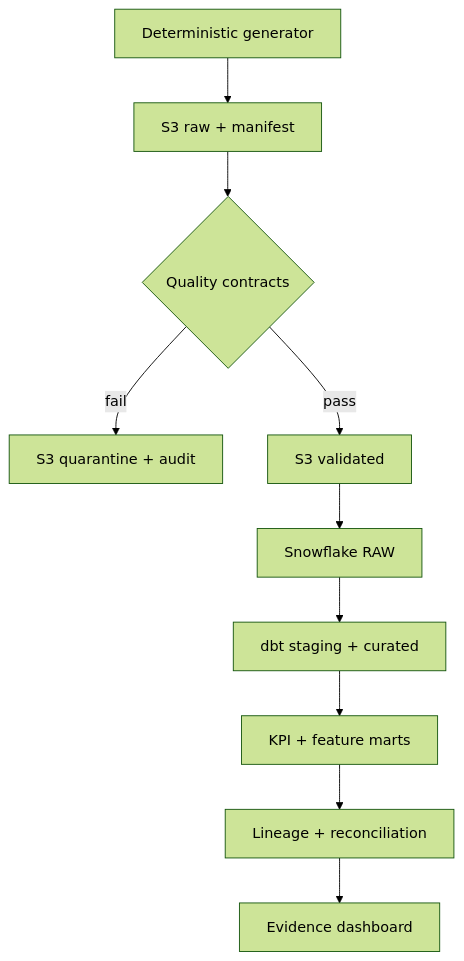
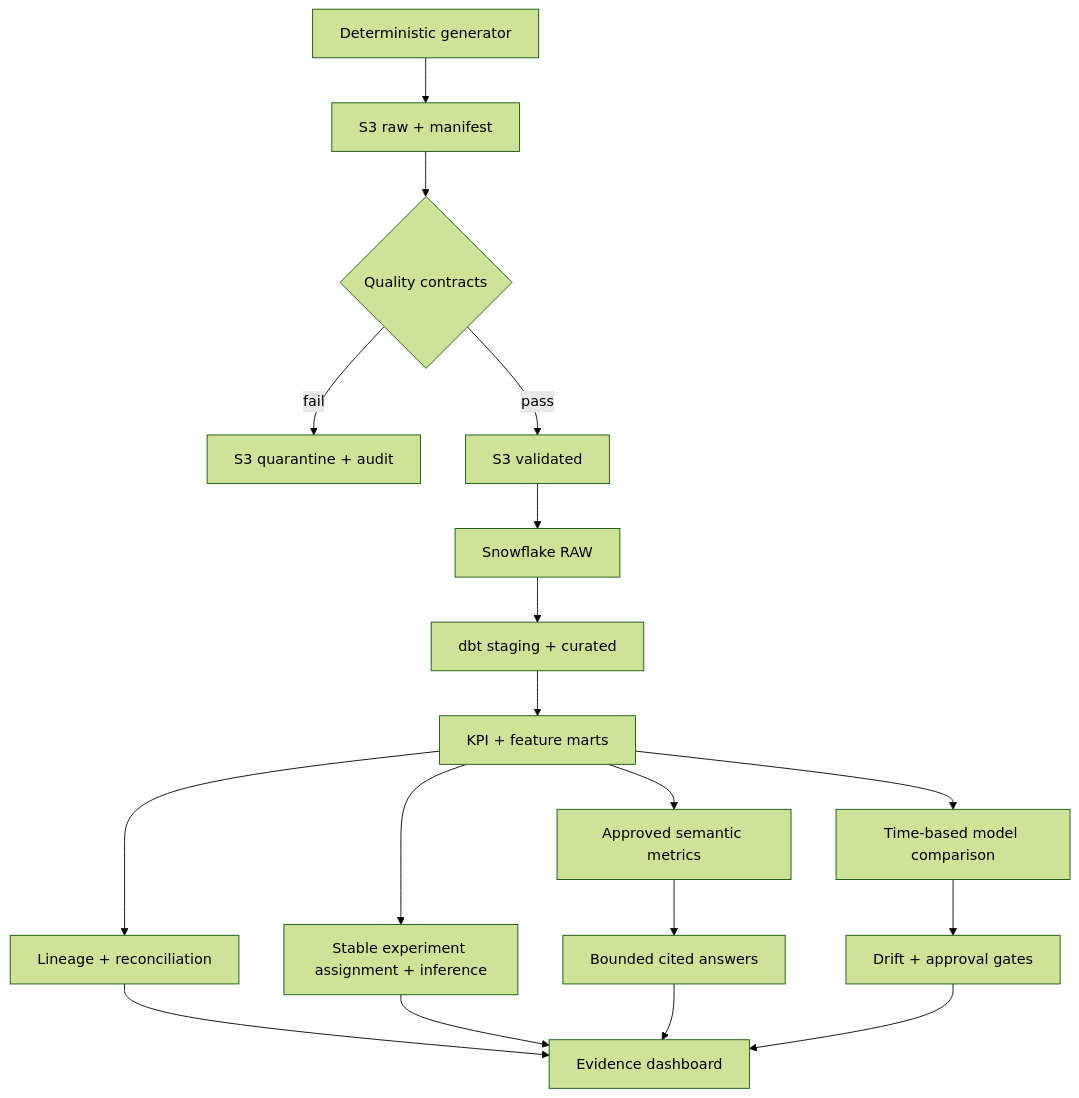
The diagram in README.md (Poojan-Desai/governai), drawn with Mermaid (forest theme) before and after one commit. The commit also changed other lines of this file and 40 other files, not shown here.

````diff
--- a/README.md
+++ b/README.md
@@ -49,12 +90,19 @@
 ```mermaid
 flowchart TB
   GEN["Deterministic generator"] --> S3R["S3 raw + manifest"]
   S3R --> GATE{"Quality contracts"}
   GATE -->|fail| QUAR["S3 quarantine + audit"]
   GATE -->|pass| S3V["S3 validated"]
   S3V --> RAW["Snowflake RAW"]
   RAW --> DBT["dbt staging + curated"]
   DBT --> MART["KPI + feature marts"]
   MART --> META["Lineage + reconciliation"]
   META --> UI["Evidence dashboard"]
+  MART --> EXP["Stable experiment assignment + inference"]
+  EXP --> UI
+  MART --> SEM["Approved semantic metrics"]
+  SEM --> AI["Bounded cited answers"]
+  MART --> ML["Time-based model comparison"]
+  ML --> MON["Drift + approval gates"]
+  AI & MON --> UI
 ```
````
